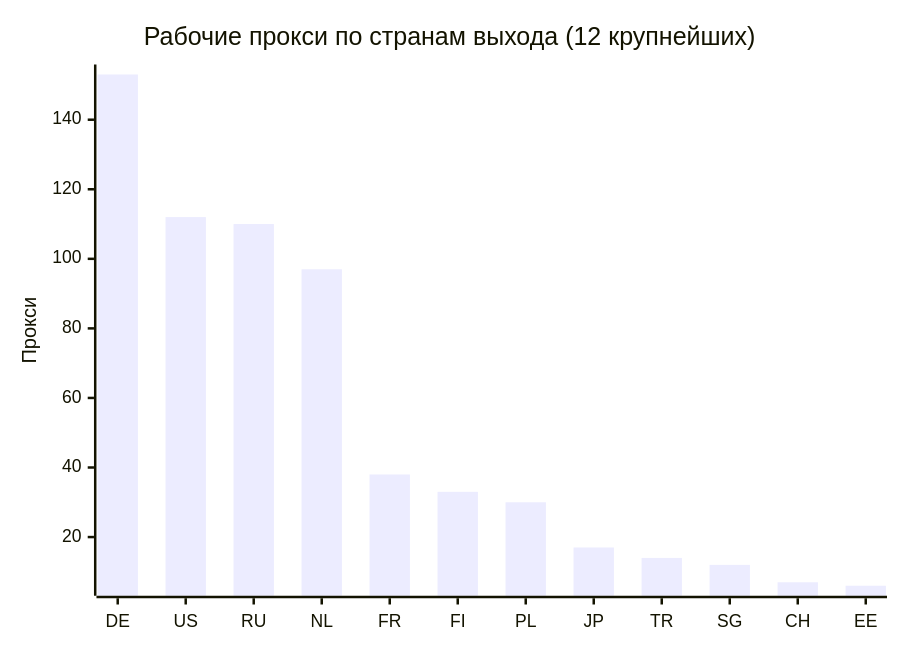
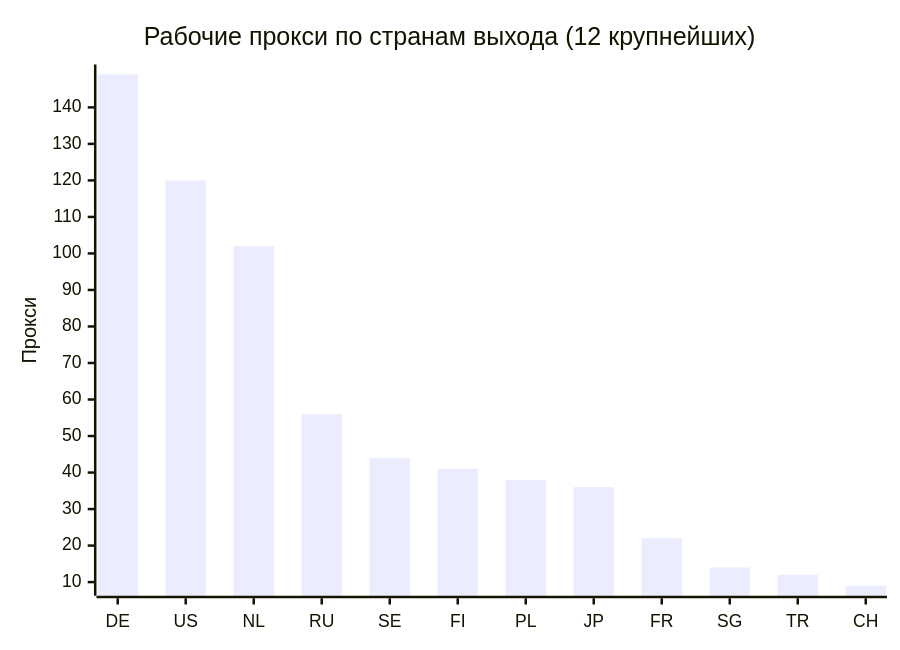
The second of 4 diagrams in README.md (rvvg/proxy-subs), drawn with Mermaid before and after one commit. The commit also changed other lines of this file and 45 other files, not shown here.

````diff
--- a/README.md
+++ b/README.md
@@ -122,7 +125,7 @@
 ```mermaid
 xychart-beta
     title "Рабочие прокси по странам выхода (12 крупнейших)"
-    x-axis ["DE", "US", "RU", "NL", "FR", "FI", "PL", "JP", "TR", "SG", "CH", "EE"]
+    x-axis ["DE", "US", "NL", "RU", "SE", "FI", "PL", "JP", "FR", "SG", "TR", "CH"]
     y-axis "Прокси"
-    bar [153, 112, 110, 97, 38, 33, 30, 17, 14, 12, 7, 6]
+    bar [149, 120, 102, 56, 44, 41, 38, 36, 22, 14, 12, 9]
 ```
````
